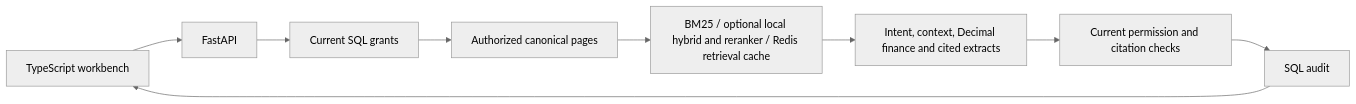
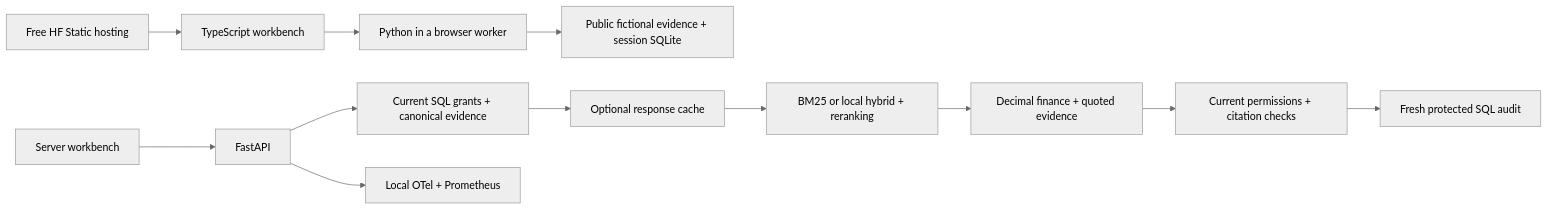
One commit to chinmayarvind23/credit-lens changed the diagram in README.md. Above: the diagram before and after it, drawn with Mermaid (neutral theme). The commit also changed other lines of this file and 23 other files, not shown here.

Commit message:
Add audited response caching, local telemetry and HTTP quality gates

````diff
--- a/README.md
+++ b/README.md
@@ -147,11 +100,14 @@
 ```mermaid
 flowchart LR
-    UI[TypeScript workbench] --> API[FastAPI]
-    API --> Grants[Current SQL grants]
-    Grants --> Scope[Authorized canonical pages]
-    Scope --> Rank[BM25 / optional local hybrid and reranker / Redis retrieval cache]
-    Rank --> Packet[Intent, context, Decimal finance and cited extracts]
-    Packet --> Check[Current permission and citation checks]
-    Check --> Audit[SQL audit]
-    Audit --> UI
+    HF[Free HF Static hosting] --> UI[TypeScript workbench]
+    UI --> Worker[Python in a browser worker]
+    Worker --> Demo[Public fictional evidence + session SQLite]
+    ServerUI[Server workbench] --> API[FastAPI]
+    API --> Scope[Current SQL grants + canonical evidence]
+    Scope --> Cache[Optional response cache]
+    Cache --> Retrieval[BM25 or local hybrid + reranking]
+    Retrieval --> Packet[Decimal finance + quoted evidence]
+    Packet --> Validate[Current permissions + citation checks]
+    Validate --> Audit[Fresh protected SQL audit]
+    API --> Telemetry[Local OTel + Prometheus]
 ```
````
